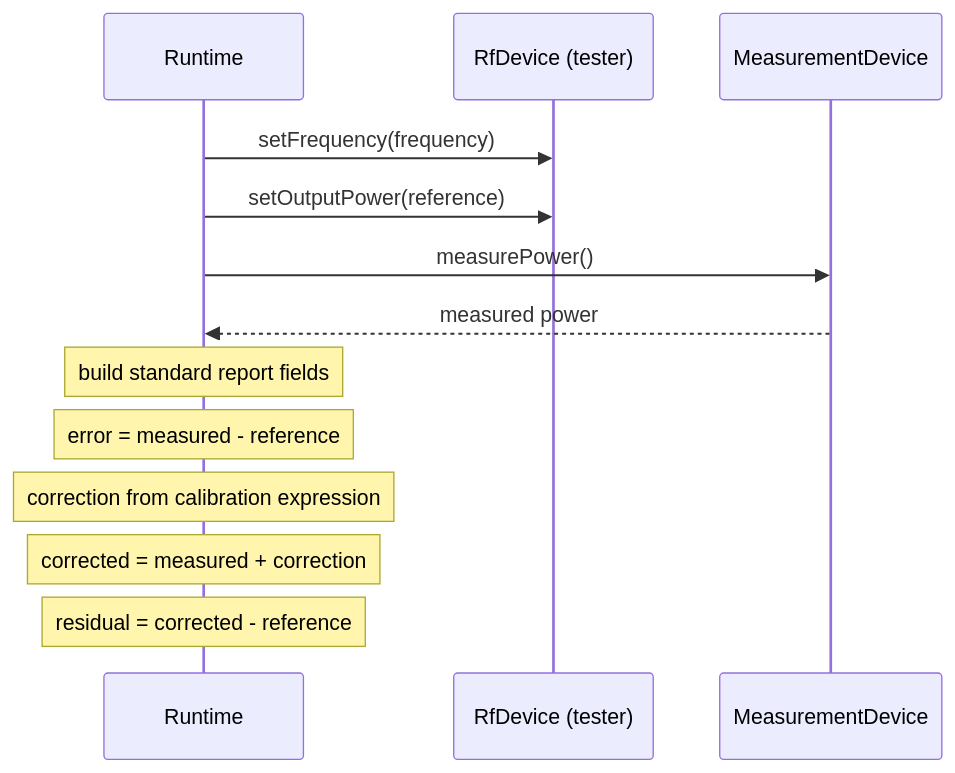
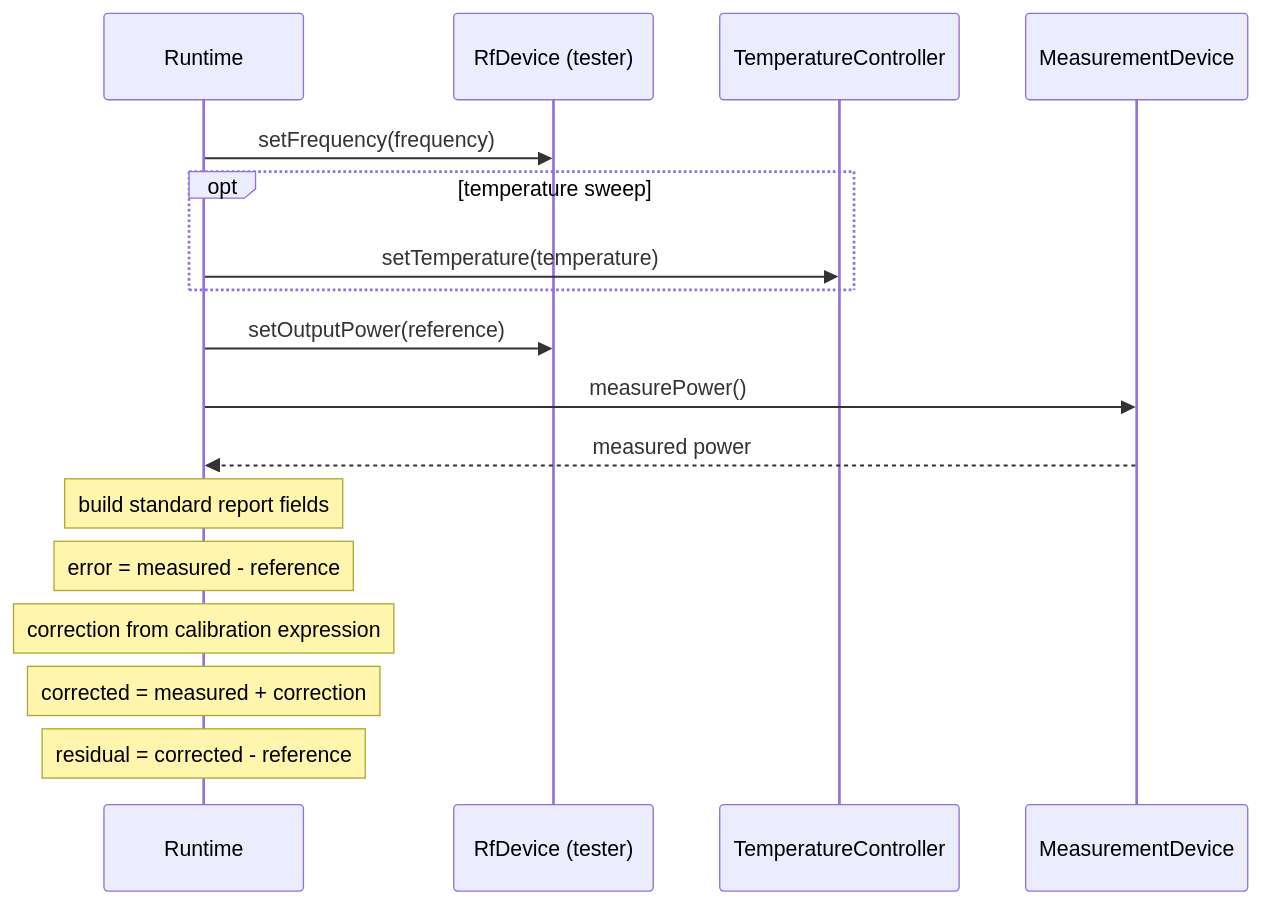
One commit to sergiorf/HorusRF changed the fourth of 4 diagrams in docs/architecture.md. Above: the diagram before and after it, drawn with Mermaid. The commit also changed other lines of this file and 24 other files, not shown here.

````diff
--- a/docs/architecture.md
+++ b/docs/architecture.md
@@ -220,15 +244,19 @@
 ```mermaid
 sequenceDiagram
     participant R as Runtime
     participant T as RfDevice (tester)
+    participant E as TemperatureController
     participant M as MeasurementDevice
     R->>T: setFrequency(frequency)
+    opt temperature sweep
+        R->>E: setTemperature(temperature)
+    end
     R->>T: setOutputPower(reference)
     R->>M: measurePower()
     M-->>R: measured power
     Note over R: build standard report fields
     Note over R: error = measured - reference
     Note over R: correction from calibration expression
     Note over R: corrected = measured + correction
     Note over R: residual = corrected - reference
 ```
````
